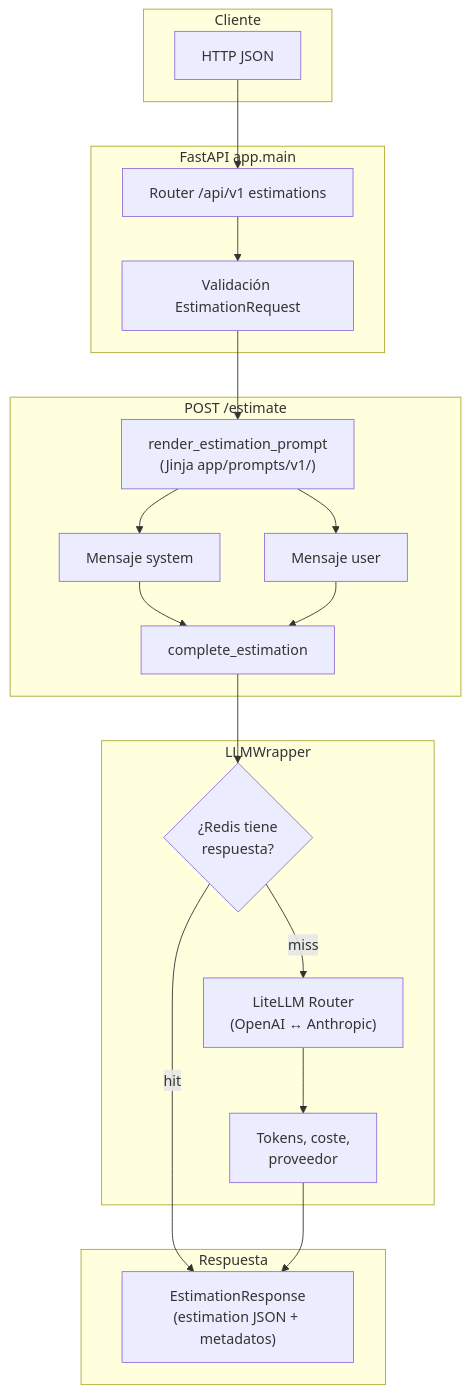
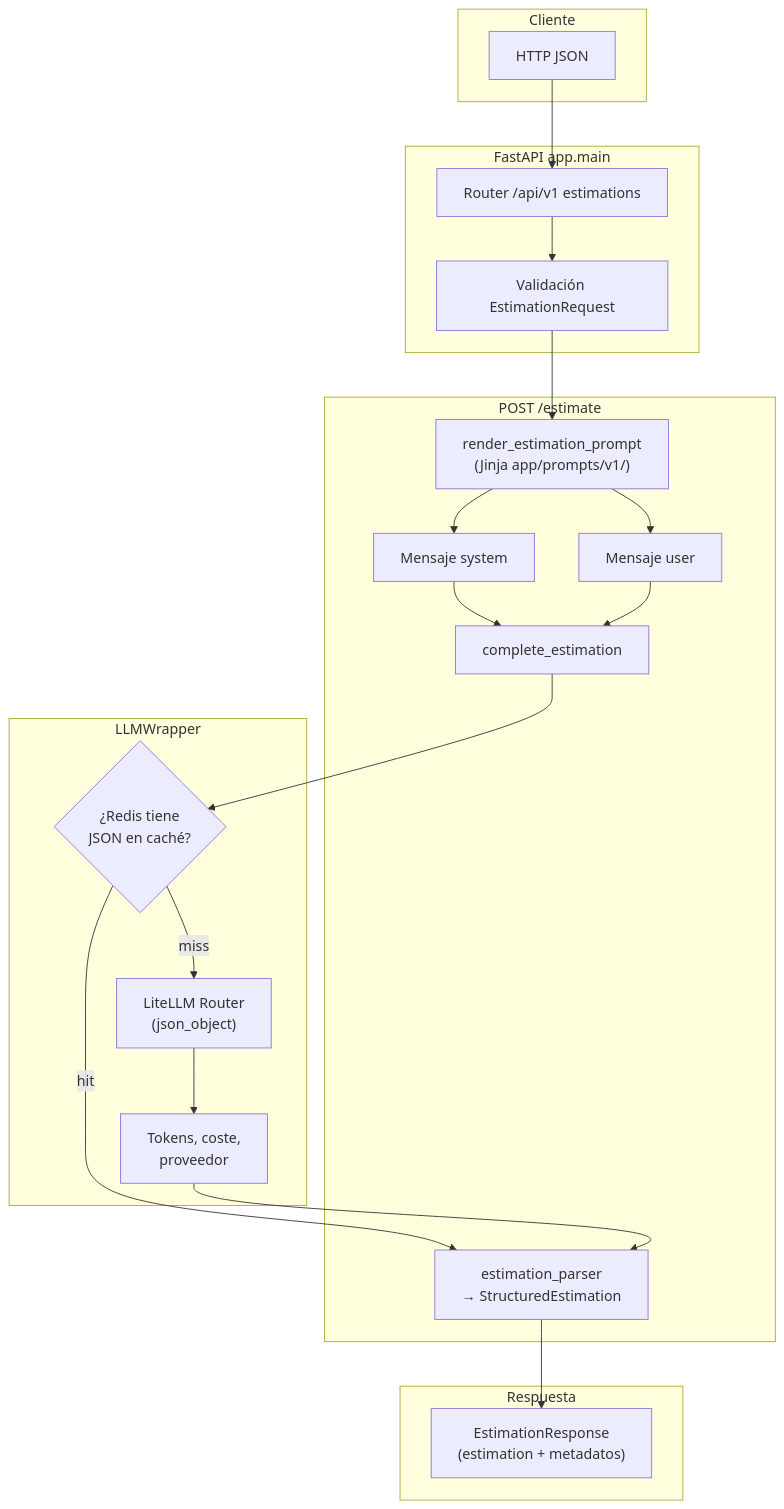
One commit to rcalcaraz/estimador-cag changed the diagram in README.md. Above: the diagram before and after it, drawn with Mermaid. The commit also changed other lines of this file, not shown here.

````diff
--- a/README.md
+++ b/README.md
@@ -100,41 +100,43 @@
 ```mermaid
 flowchart TD
   subgraph cliente["Cliente"]
     C[HTTP JSON]
   end
 
   subgraph api["FastAPI app.main"]
     R["Router /api/v1 estimations"]
     V["Validación EstimationRequest"]
   end
 
   subgraph sync["POST /estimate"]
     J["render_estimation_prompt\n(Jinja app/prompts/v1/)"]
     SYS["Mensaje system"]
     USR["Mensaje user"]
     CE["complete_estimation"]
+    PARSE["estimation_parser\n→ StructuredEstimation"]
   end
 
   subgraph llm["LLMWrapper"]
-    CACHE{"¿Redis tiene\nrespuesta?"}
-    MISS["LiteLLM Router\n(OpenAI ↔ Anthropic)"]
+    CACHE{"¿Redis tiene\nJSON en caché?"}
+    MISS["LiteLLM Router\n(json_object)"]
     NORM["Tokens, coste,\nproveedor"]
   end
 
   subgraph salida["Respuesta"]
-    ER["EstimationResponse\n(estimation JSON + metadatos)"]
+    ER["EstimationResponse\n(estimation + metadatos)"]
   end
 
   C --> R --> V
 
   V --> J
   J --> SYS
   J --> USR
   SYS --> CE
   USR --> CE
 
   CE --> CACHE
 
-  CACHE -->|hit| ER
-  CACHE -->|miss| MISS --> NORM --> ER
+  CACHE -->|hit| PARSE
+  CACHE -->|miss| MISS --> NORM --> PARSE
+  PARSE --> ER
 ```
````
